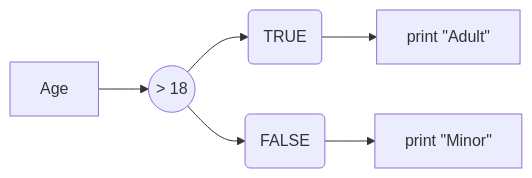
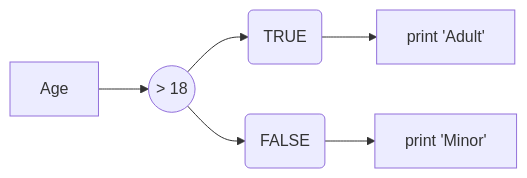
One commit to InforBio/ioc-r-2026 changed the first of 3 diagrams in ioc_r/r_contents/week04/r_w04_slides.qmd. Above: the diagram before and after it, drawn with Mermaid. The commit also changed other lines of this file, not shown here.

Commit message:
fix mermaid syntax errors in w4 slides

````diff
--- a/ioc_r/r_contents/week04/r_w04_slides.qmd
+++ b/ioc_r/r_contents/week04/r_w04_slides.qmd
@@ -344,10 +344,10 @@
 ```{mermaid}
 %%| echo: false
 %%| fig-width: 10
 flowchart LR
-  AA[Age] --> A((&gt; 18))
+  AA[Age] --> A(("> 18"))
   A --> B(TRUE)
   A --> C(FALSE)
-  B --> D[print &quot;Adult&quot;]
-  C --> E[print &quot;Minor&quot;]
+  B --> D["print 'Adult'"]
+  C --> E["print 'Minor'"]
 ```
````
